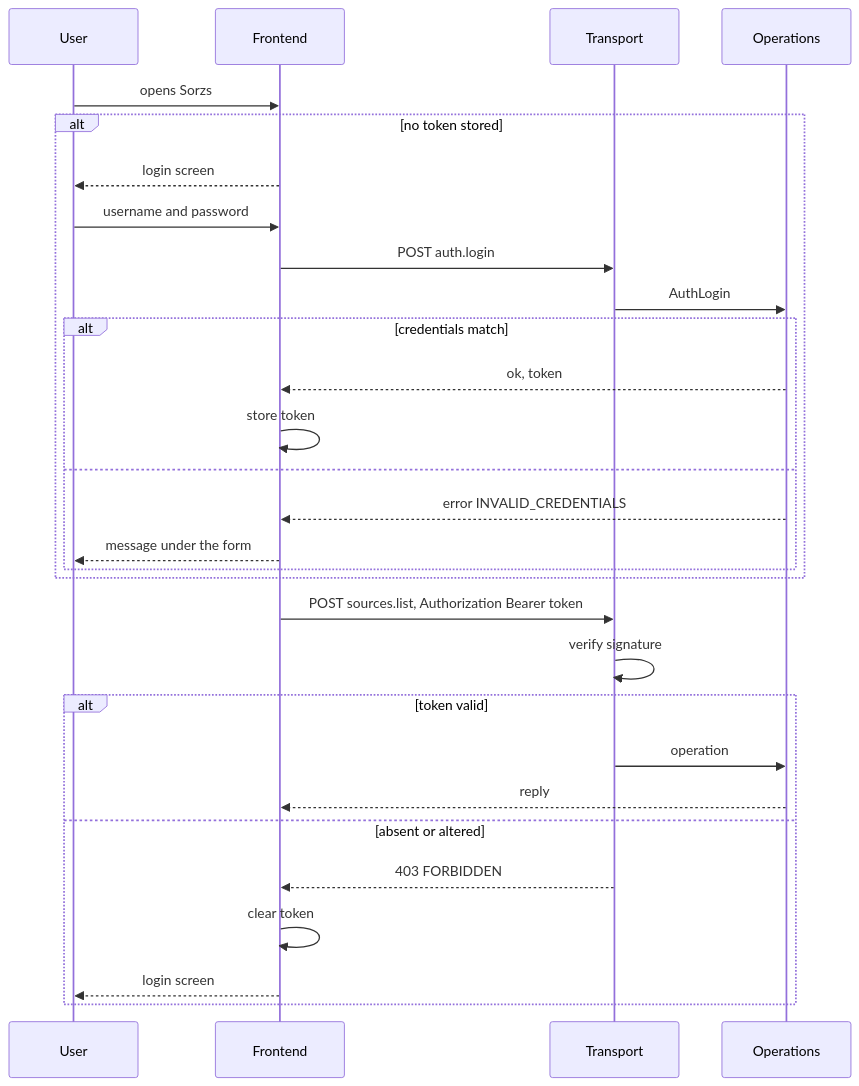
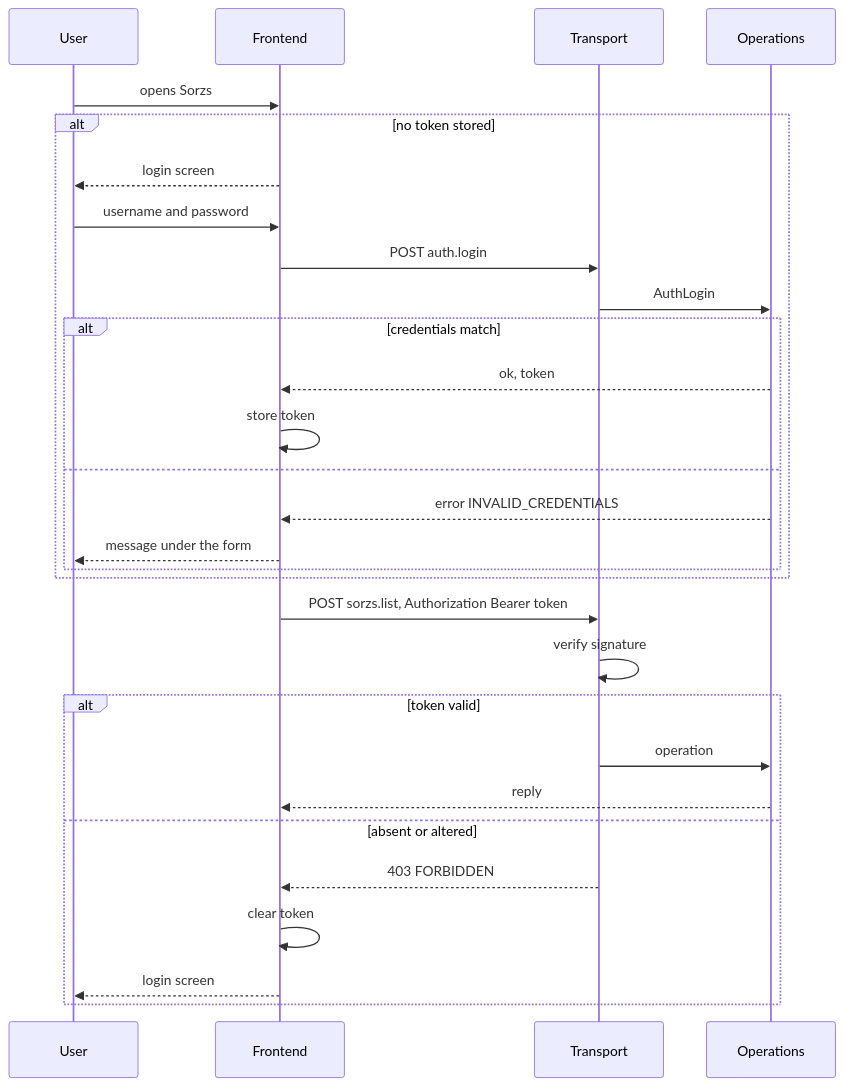
The diagram in harnesses/Sorzs/.claude/specs/login.md (xaviuzz/prometeuzz), drawn with Mermaid before and after one commit. The commit also changed other lines of this file and 72 other files, not shown here.

````diff
--- a/harnesses/Sorzs/.claude/specs/login.md
+++ b/harnesses/Sorzs/.claude/specs/login.md
@@ -53,31 +53,31 @@
 ```mermaid
 sequenceDiagram
     participant U as User
     participant F as Frontend
     participant T as Transport
     participant O as Operations
     U->>F: opens Sorzs
     alt no token stored
         F-->>U: login screen
         U->>F: username and password
         F->>T: POST auth.login
         T->>O: AuthLogin
         alt credentials match
             O-->>F: ok, token
             F->>F: store token
         else
             O-->>F: error INVALID_CREDENTIALS
             F-->>U: message under the form
         end
     end
-    F->>T: POST sources.list, Authorization Bearer token
+    F->>T: POST sorzs.list, Authorization Bearer token
     T->>T: verify signature
     alt token valid
         T->>O: operation
         O-->>F: reply
     else absent or altered
         T-->>F: 403 FORBIDDEN
         F->>F: clear token
         F-->>U: login screen
     end
 ```
````
